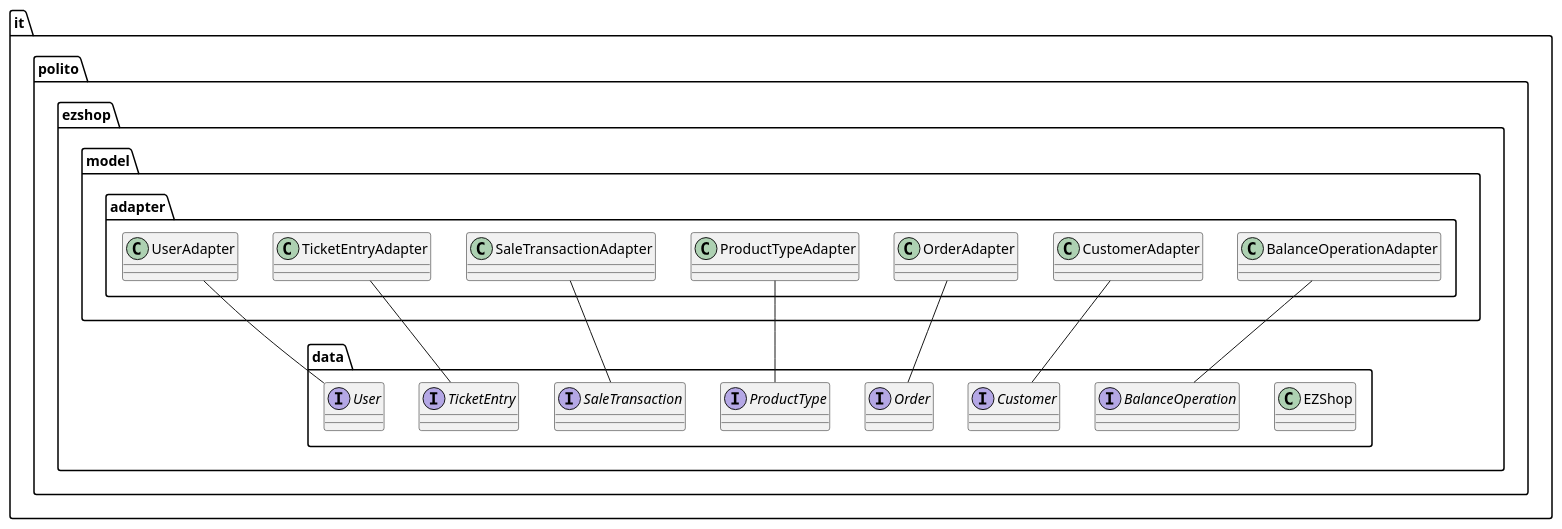
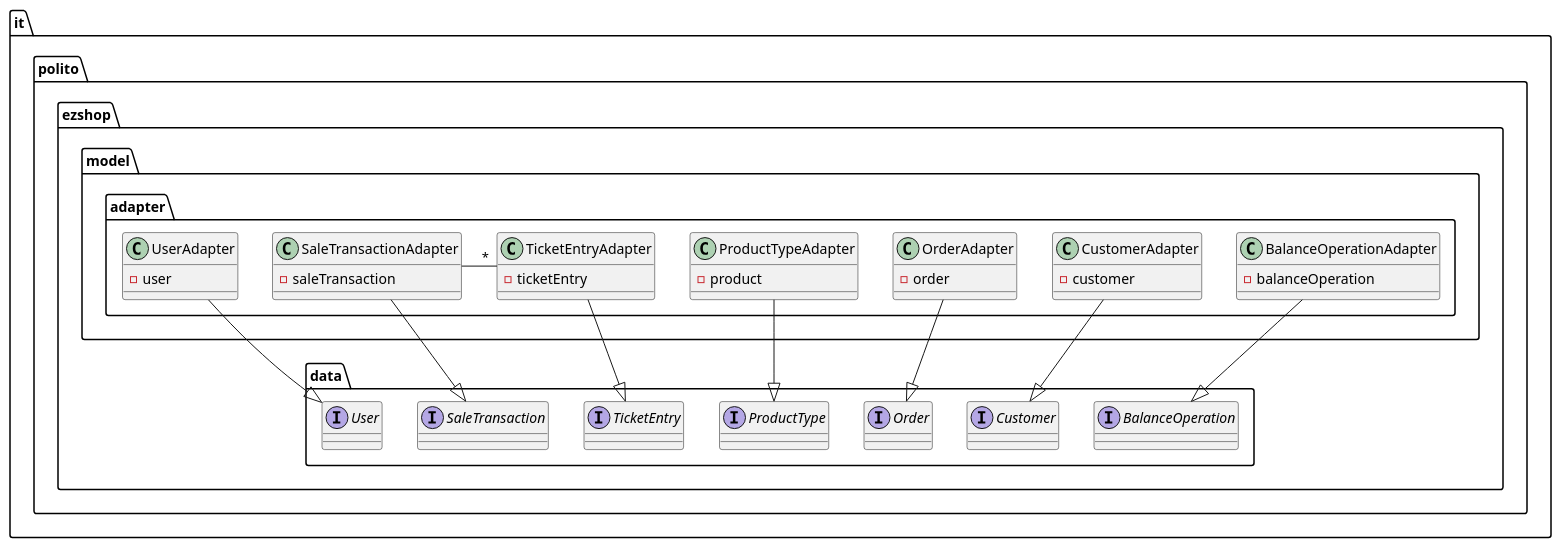
Before and after one commit to polito-se2-21-r03/se1-ezshop: the fourth of 14 diagrams in Deliverables/DesignDocument.md, drawn with PlantUML. The commit also changed other lines of this file, not shown here.

Commit message:
Minor fixes to the design document

````diff
--- a/Deliverables/DesignDocument.md
+++ b/Deliverables/DesignDocument.md
@@ -373,60 +368,61 @@
 ```plantuml
 package it.polito.ezshop.data{
-class EZShop{
-
-}
 interface BalanceOperation{
 
 }
 interface Customer{
 
 }
 interface Order{
 
 }
 interface ProductType{
 
 }
 interface SaleTransaction{
 
 }
 interface TicketEntry{
 
 }
 interface User{
 
 }
 }
-package it.polito.ezshop.model.adapter{
-class BalanceOperationAdapter{
+package it.polito.ezshop.model{
+    package adapter {
+        class BalanceOperationAdapter{
+            - balanceOperation
+        }
+        class CustomerAdapter{
+            - customer
+        }
+        class OrderAdapter {
+            - order
+        }
+        class ProductTypeAdapter{
+            - product
+        }
+        class SaleTransactionAdapter{
+            - saleTransaction
+        }
+        class TicketEntryAdapter{
+            - ticketEntry
+        }
+        class UserAdapter{
+            - user
+        }
 
-}
-class CustomerAdapter{
-
-}
-class OrderAdapter{
-
-}
-class ProductTypeAdapter{
-
-}
-class SaleTransactionAdapter{
-
-}
-class TicketEntryAdapter{
-
-}
-class UserAdapter{
-
-}
+        SaleTransactionAdapter - "*" TicketEntryAdapter
+    }
 }
 
-BalanceOperationAdapter -- BalanceOperation
-CustomerAdapter -- Customer
-OrderAdapter -- Order
-ProductTypeAdapter -- ProductType
-TicketEntryAdapter -- TicketEntry
-SaleTransactionAdapter -- SaleTransaction
-UserAdapter -- User
+BalanceOperationAdapter --|> BalanceOperation
+CustomerAdapter --|> Customer
+OrderAdapter --|> Order
+ProductTypeAdapter --|> ProductType
+TicketEntryAdapter --|> TicketEntry
+SaleTransactionAdapter --|> SaleTransaction
+UserAdapter --|> User
 
 ```
````
